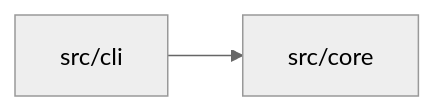
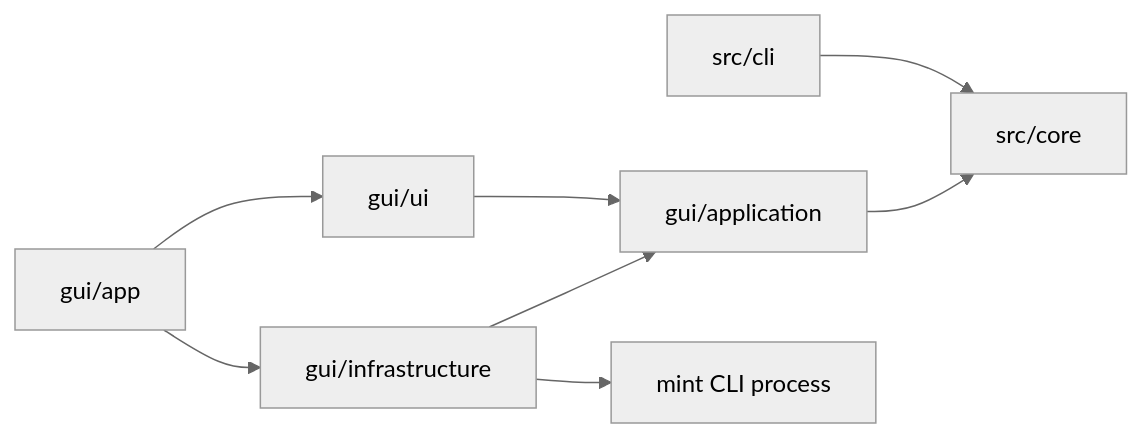
The second of 3 diagrams in docs/concepts/architecture.md (calvinhxx/mint), drawn with Mermaid (neutral theme) before and after one commit. The commit also changed other lines of this file and 22 other files, not shown here.

````diff
--- a/docs/concepts/architecture.md
+++ b/docs/concepts/architecture.md
@@ -66,4 +74,10 @@
 ```mermaid
 flowchart LR
     cli["src/cli"] --> core["src/core"]
+    guiApp["gui/app"] --> guiUi["gui/ui"]
+    guiApp --> adapters["gui/infrastructure"]
+    guiUi --> guiUseCases["gui/application"]
+    adapters --> guiUseCases
+    guiUseCases --> core
+    adapters --> cliProcess["mint CLI process"]
 ```
````
